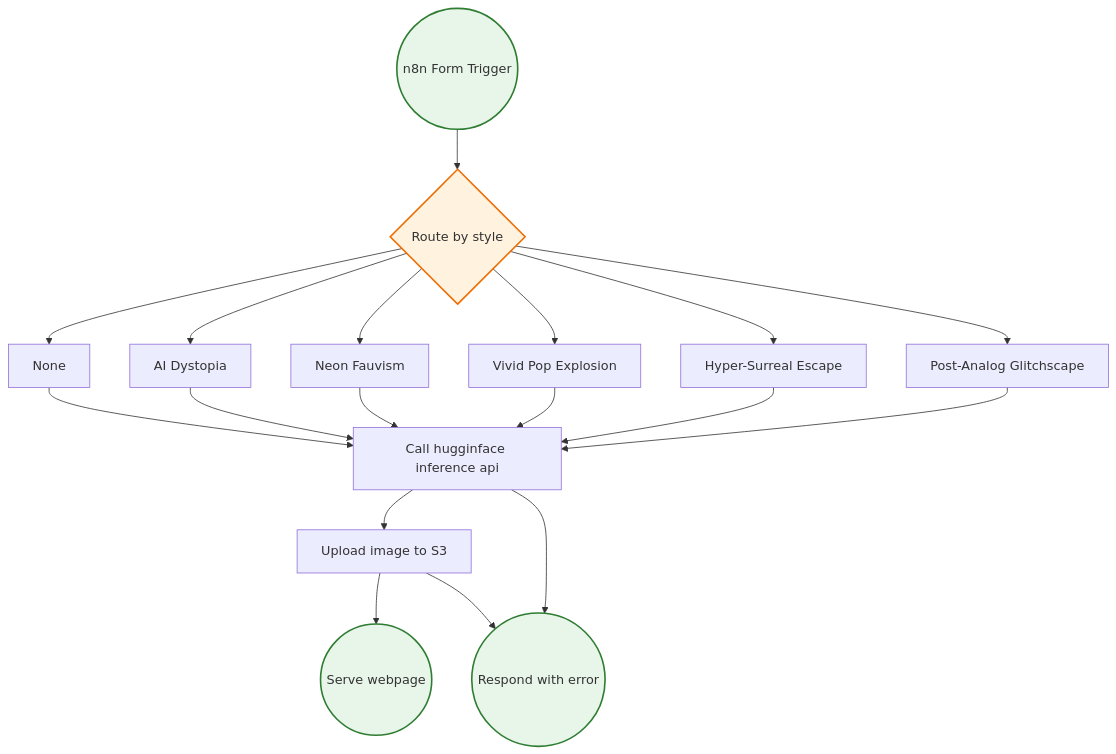
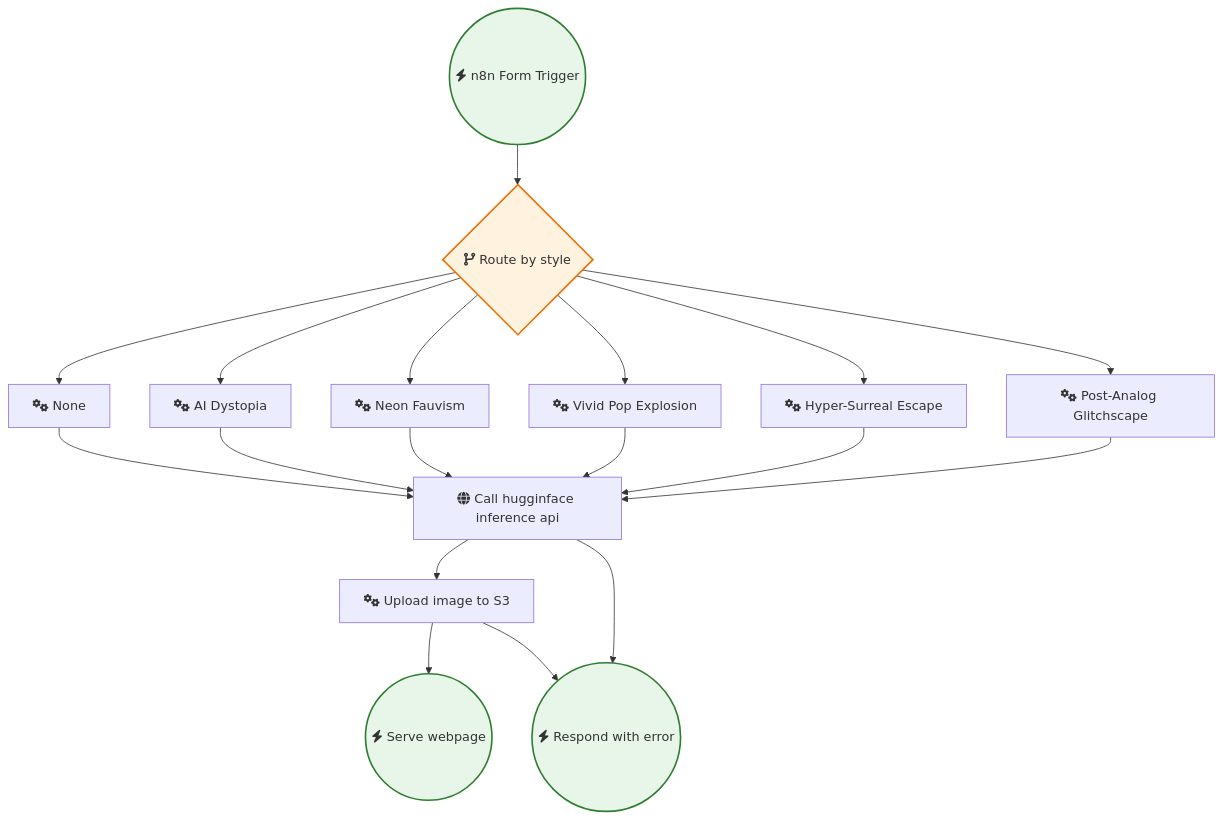
Before and after one commit to sreyash3105/N8N-DEMO-AUTOMATIONS: the diagram in OpenAI_and_LLMs/Flux AI Image Generator.md, drawn with Mermaid. The commit also changed 291 other files, not shown here.

````diff
--- a/OpenAI_and_LLMs/Flux AI Image Generator.md
+++ b/OpenAI_and_LLMs/Flux AI Image Generator.md
@@ -1,37 +1,37 @@
 ```mermaid
 graph TD
     classDef trigger fill:#e8f5e9,stroke:#2e7d32,stroke-width:2px;
     classDef ai fill:#e3f2fd,stroke:#1565c0,stroke-width:2px;
     classDef logic fill:#fff3e0,stroke:#ef6c00,stroke-width:2px;
 
-    Vivid_Pop_Explosion["Vivid Pop Explosion"]
-    AI_Dystopia["AI Dystopia"]
-    Post_Analog_Glitchscape["Post-Analog Glitchscape"]
-    Neon_Fauvism["Neon Fauvism"]
-    None["None"]
-    Serve_webpage(("Serve webpage")):::trigger
-    Respond_with_error(("Respond with error")):::trigger
-    Upload_image_to_S3["Upload image to S3"]
-    Hyper_Surreal_Escape["Hyper-Surreal Escape"]
-    n8n_Form_Trigger(("n8n Form Trigger")):::trigger
-    Call_hugginface_inference_api["Call hugginface inference api"]
-    Route_by_style{"Route by style"}:::logic
+    Vivid_Pop_Explosion["fas:fa-cogs Vivid Pop Explosion"]
+    AI_Dystopia["fas:fa-cogs AI Dystopia"]
+    Post_Analog_Glitchscape["fas:fa-cogs Post-Analog Glitchscape"]
+    Neon_Fauvism["fas:fa-cogs Neon Fauvism"]
+    None["fas:fa-cogs None"]
+    Serve_webpage(("fas:fa-bolt Serve webpage")):::trigger
+    Respond_with_error(("fas:fa-bolt Respond with error")):::trigger
+    Upload_image_to_S3["fas:fa-cogs Upload image to S3"]
+    Hyper_Surreal_Escape["fas:fa-cogs Hyper-Surreal Escape"]
+    n8n_Form_Trigger(("fas:fa-bolt n8n Form Trigger")):::trigger
+    Call_hugginface_inference_api["fas:fa-globe Call hugginface inference api"]
+    Route_by_style{"fas:fa-code-branch Route by style"}:::logic
 
     None --> Call_hugginface_inference_api
     AI_Dystopia --> Call_hugginface_inference_api
     Neon_Fauvism --> Call_hugginface_inference_api
     Route_by_style --> Hyper_Surreal_Escape
     Route_by_style --> Post_Analog_Glitchscape
     Route_by_style --> AI_Dystopia
     Route_by_style --> Neon_Fauvism
     Route_by_style --> Vivid_Pop_Explosion
     Route_by_style --> None
     n8n_Form_Trigger --> Route_by_style
     Upload_image_to_S3 --> Serve_webpage
     Upload_image_to_S3 --> Respond_with_error
     Vivid_Pop_Explosion --> Call_hugginface_inference_api
     Hyper_Surreal_Escape --> Call_hugginface_inference_api
     Post_Analog_Glitchscape --> Call_hugginface_inference_api
     Call_hugginface_inference_api --> Upload_image_to_S3
     Call_hugginface_inference_api --> Respond_with_error
 ```
````
